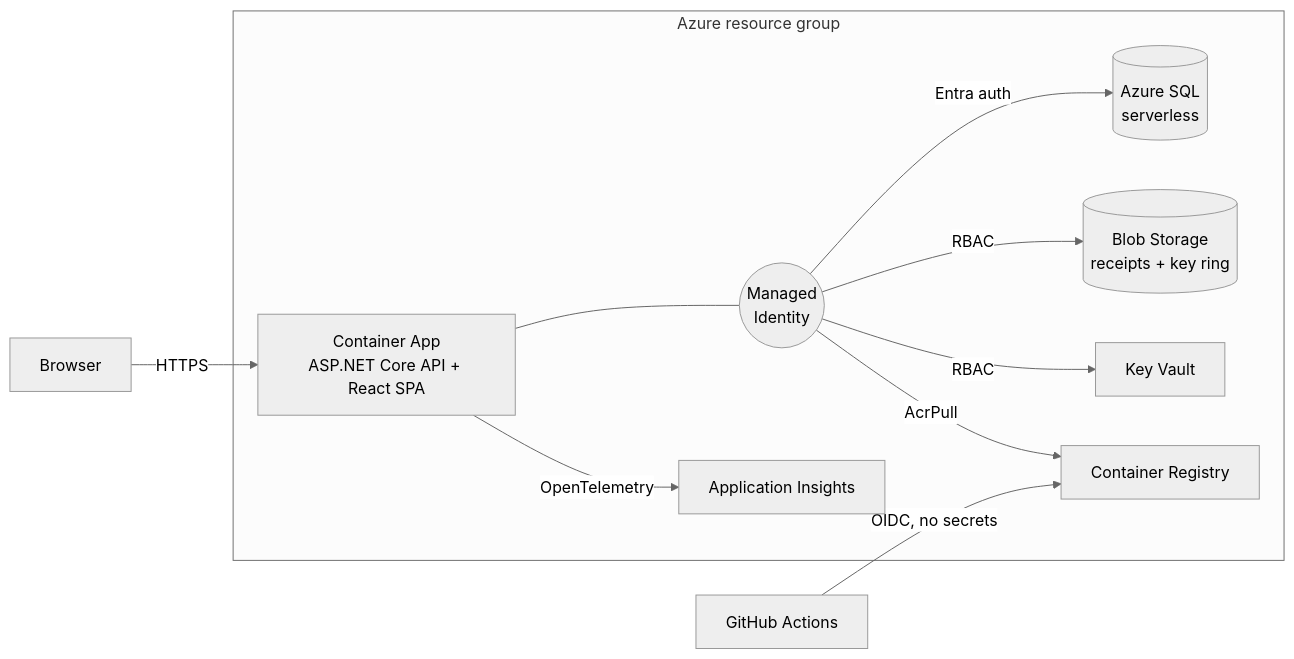
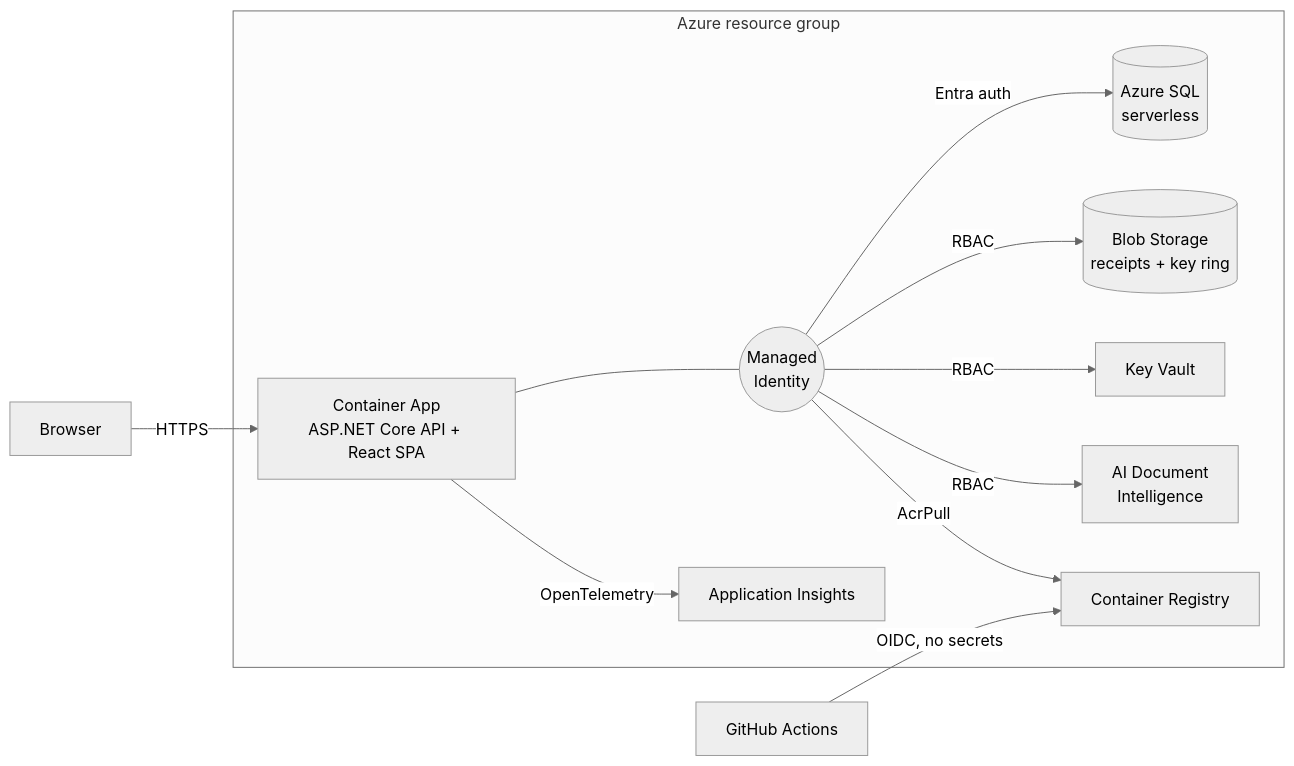
One commit to yfw21/RenoProjectBudgetControl changed the diagram in README.md. Above: the diagram before and after it, drawn with Mermaid (neutral theme). The commit also changed other lines of this file and 18 other files, not shown here.

First line of the commit message:
Read receipts and invoices with Azure AI Document Intelligence

````diff
--- a/README.md
+++ b/README.md
@@ -10,20 +10,22 @@
 ```mermaid
 flowchart LR
   U[Browser] -- HTTPS --> CA
   subgraph Azure resource group
     CA["Container App<br/>ASP.NET Core API + React SPA"]
     MI(("Managed<br/>Identity"))
     SQL[(Azure SQL<br/>serverless)]
     BLOB[(Blob Storage<br/>receipts + key ring)]
     KV[Key Vault]
+    DI[AI Document<br/>Intelligence]
     AI[Application Insights]
     ACR[Container Registry]
     CA --- MI
     MI -- Entra auth --> SQL
     MI -- RBAC --> BLOB
     MI -- RBAC --> KV
+    MI -- RBAC --> DI
     MI -- AcrPull --> ACR
     CA -- OpenTelemetry --> AI
   end
   GH[GitHub Actions] -- OIDC, no secrets --> ACR
 ```
````
